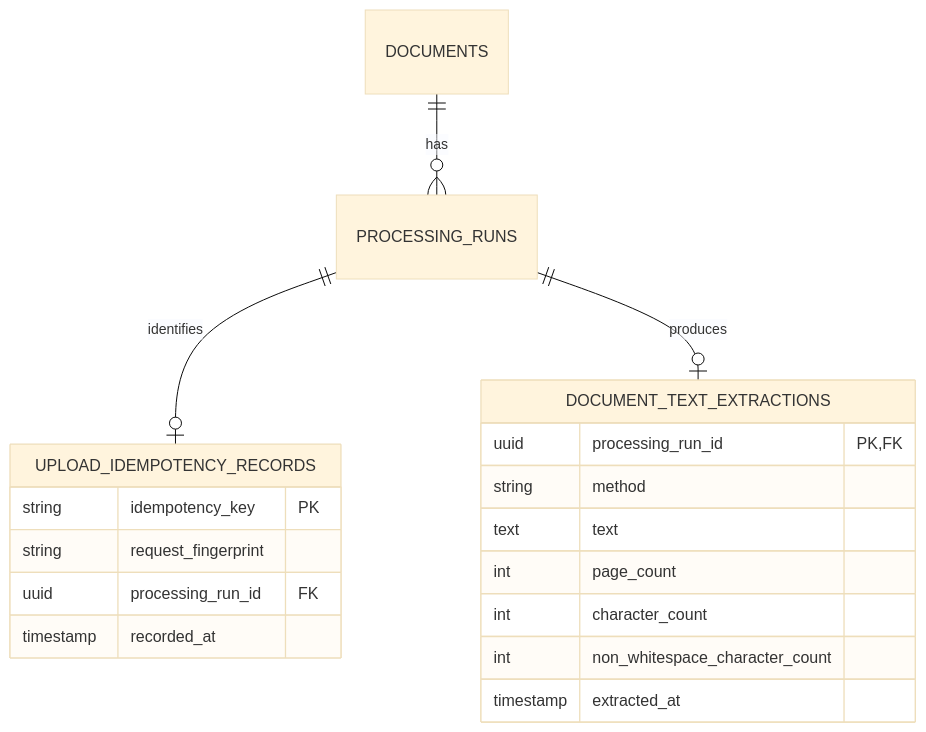
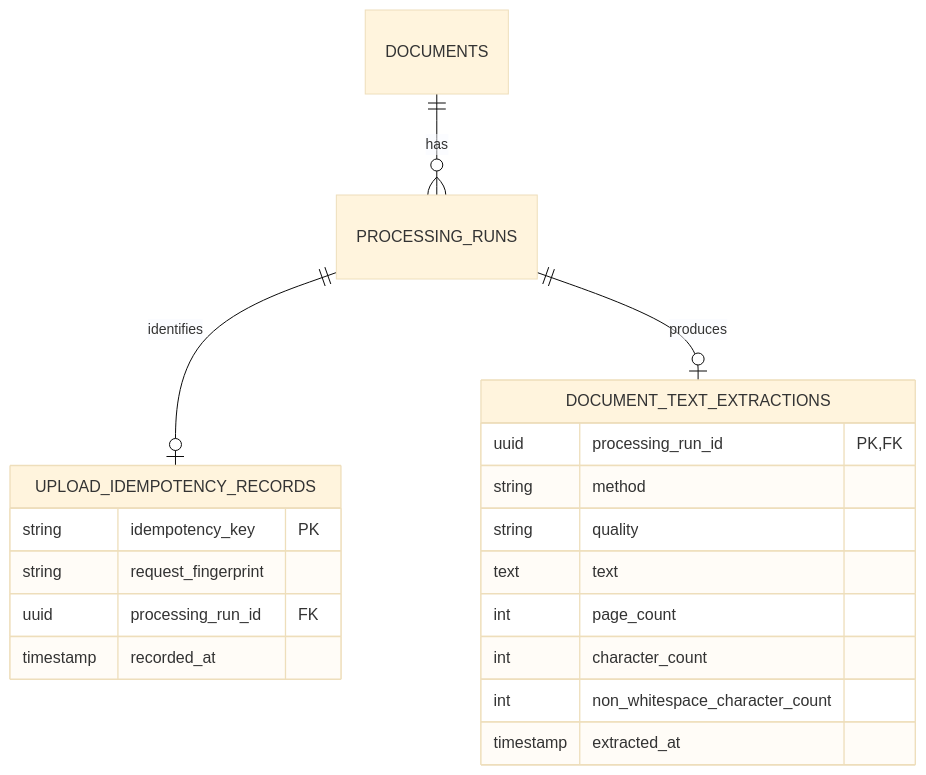
Before and after one commit to PietroRussoD/ai-document-processing-platform: diagram 11 of 11 in docs/architecture.md, drawn with Mermaid (base theme). The commit also changed other lines of this file and 14 other files, not shown here.

````diff
--- a/docs/architecture.md
+++ b/docs/architecture.md
@@ -284,21 +287,22 @@
 ```mermaid
 erDiagram
     DOCUMENTS ||--o{ PROCESSING_RUNS : has
     PROCESSING_RUNS ||--o| UPLOAD_IDEMPOTENCY_RECORDS : identifies
     PROCESSING_RUNS ||--o| DOCUMENT_TEXT_EXTRACTIONS : produces
     UPLOAD_IDEMPOTENCY_RECORDS {
         string idempotency_key PK
         string request_fingerprint
         uuid processing_run_id FK
         timestamp recorded_at
     }
     DOCUMENT_TEXT_EXTRACTIONS {
         uuid processing_run_id PK, FK
         string method
+        string quality
         text text
         int page_count
         int character_count
         int non_whitespace_character_count
         timestamp extracted_at
     }
 ```
````
